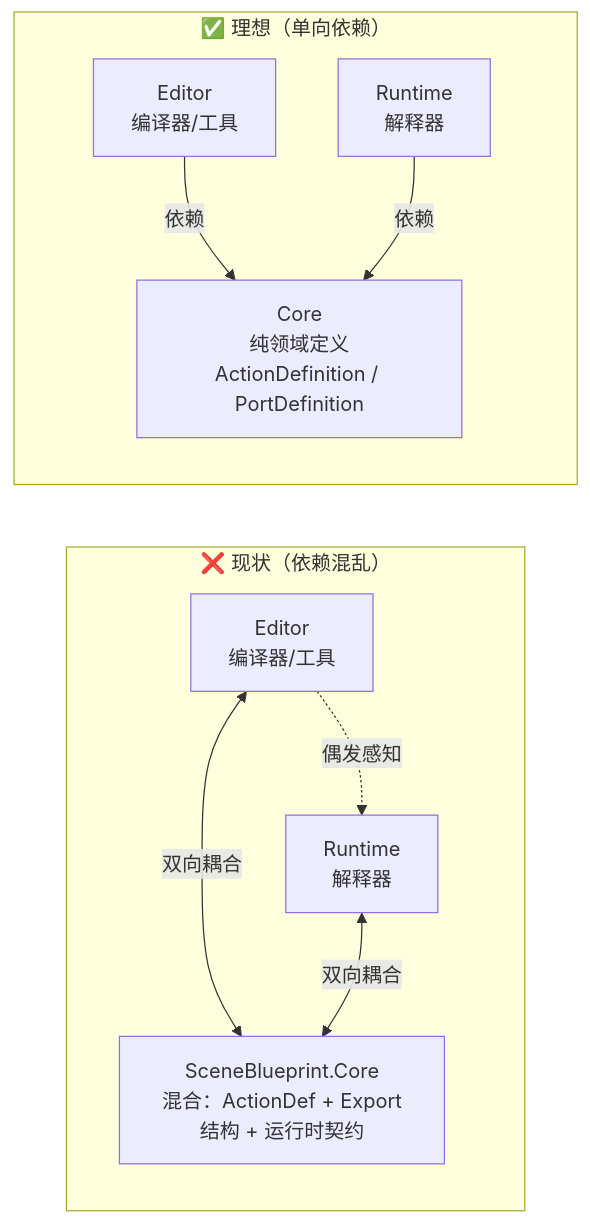
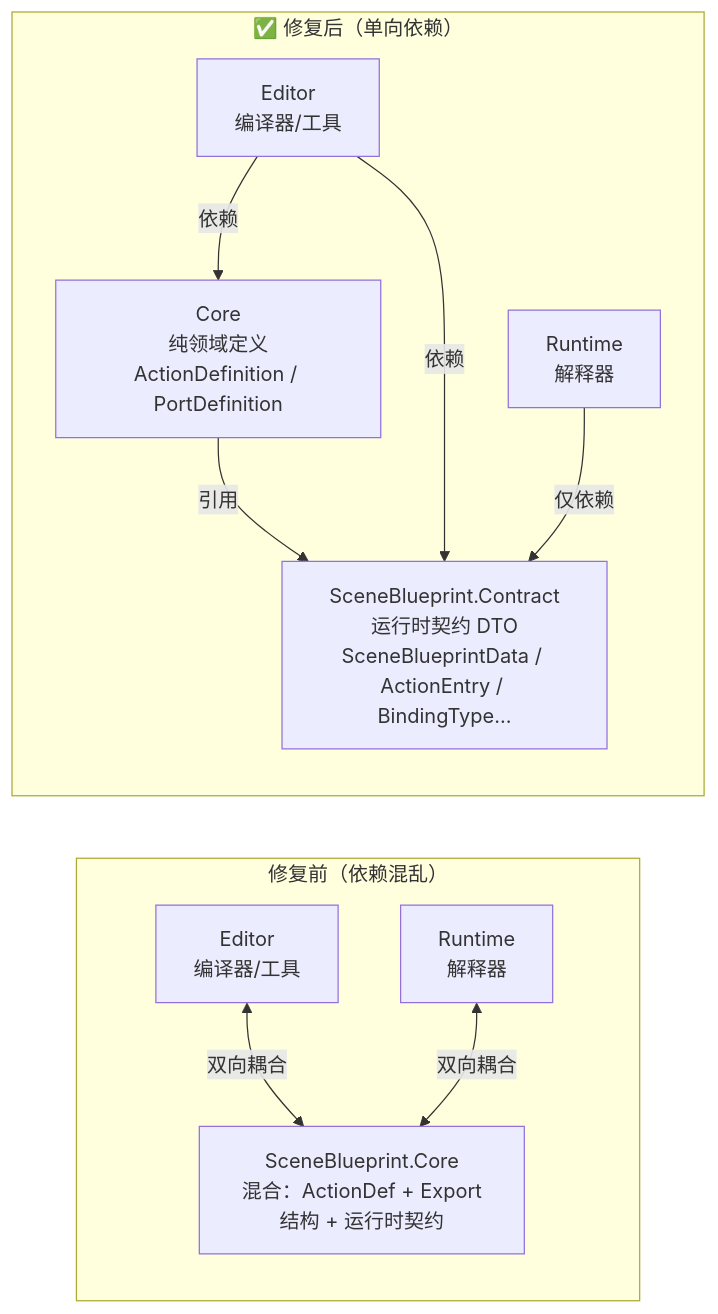
Before and after one commit to zgx197/SceneBlueprint: the second of 8 diagrams in Assets/Extensions/SceneBlueprint/框架优化分析与改进路线.md, drawn with Mermaid. The commit also changed other lines of this file and 17 other files, not shown here.

````diff
--- a/Assets/Extensions/SceneBlueprint/框架优化分析与改进路线.md
+++ b/Assets/Extensions/SceneBlueprint/框架优化分析与改进路线.md
@@ -83,21 +74,23 @@
 ```mermaid
 flowchart LR
-    subgraph bad["❌ 现状（依赖混乱）"]
+    subgraph before["修复前（依赖混乱）"]
         direction TB
         Core1["SceneBlueprint.Core<br/>混合：ActionDef + Export结构 + 运行时契约"]
         Editor1["Editor<br/>编译器/工具"]
         Runtime1["Runtime<br/>解释器"]
         Editor1 <-->|双向耦合| Core1
         Runtime1 <-->|双向耦合| Core1
-        Editor1 -.->|偶发感知| Runtime1
     end
 
-    subgraph good["✅ 理想（单向依赖）"]
+    subgraph after["✅ 修复后（单向依赖）"]
         direction TB
+        Contract["SceneBlueprint.Contract<br/>运行时契约 DTO<br/>SceneBlueprintData / ActionEntry / BindingType..."]
         Core2["Core<br/>纯领域定义<br/>ActionDefinition / PortDefinition"]
         Editor2["Editor<br/>编译器/工具"]
         Runtime2["Runtime<br/>解释器"]
+        Core2 -->|引用| Contract
         Editor2 -->|依赖| Core2
-        Runtime2 -->|依赖| Core2
+        Editor2 -->|依赖| Contract
+        Runtime2 -->|仅依赖| Contract
     end
 ```
````
